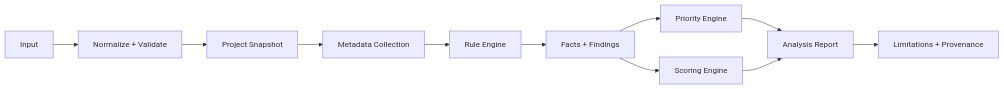
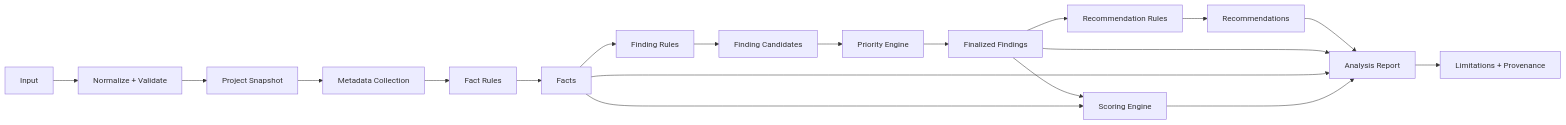
Before and after one commit to BlizzardBlast/StackLens: the second of 4 diagrams in docs/architecture.md, drawn with Mermaid. The commit also changed other lines of this file and 25 other files, not shown here.

````diff
--- a/docs/architecture.md
+++ b/docs/architecture.md
@@ -144,13 +144,21 @@
 ```mermaid
 flowchart LR
     I[Input] --> V[Normalize + Validate]
     V --> S[Project Snapshot]
     S --> M[Metadata Collection]
-    M --> R[Rule Engine]
-    R --> F[Facts + Findings]
-    F --> P[Priority Engine]
-    F --> SC[Scoring Engine]
-    P --> O[Analysis Report]
+    M --> FR[Fact Rules]
+    FR --> F[Facts]
+    F --> DR[Finding Rules]
+    DR --> C[Finding Candidates]
+    C --> P[Priority Engine]
+    P --> FN[Finalized Findings]
+    FN --> RR[Recommendation Rules]
+    RR --> R[Recommendations]
+    FN --> SC[Scoring Engine]
+    F --> SC
+    R --> O[Analysis Report]
+    FN --> O
+    F --> O
     SC --> O
     O --> L[Limitations + Provenance]
 ```
````
